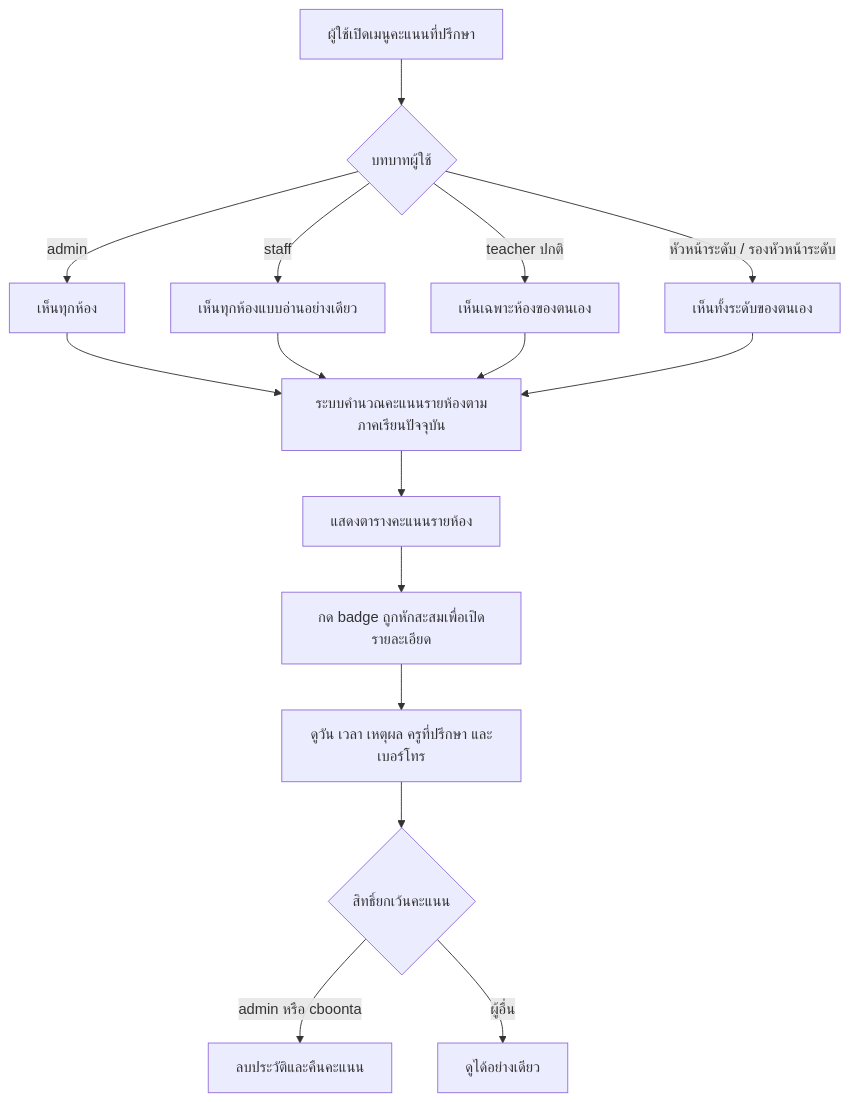
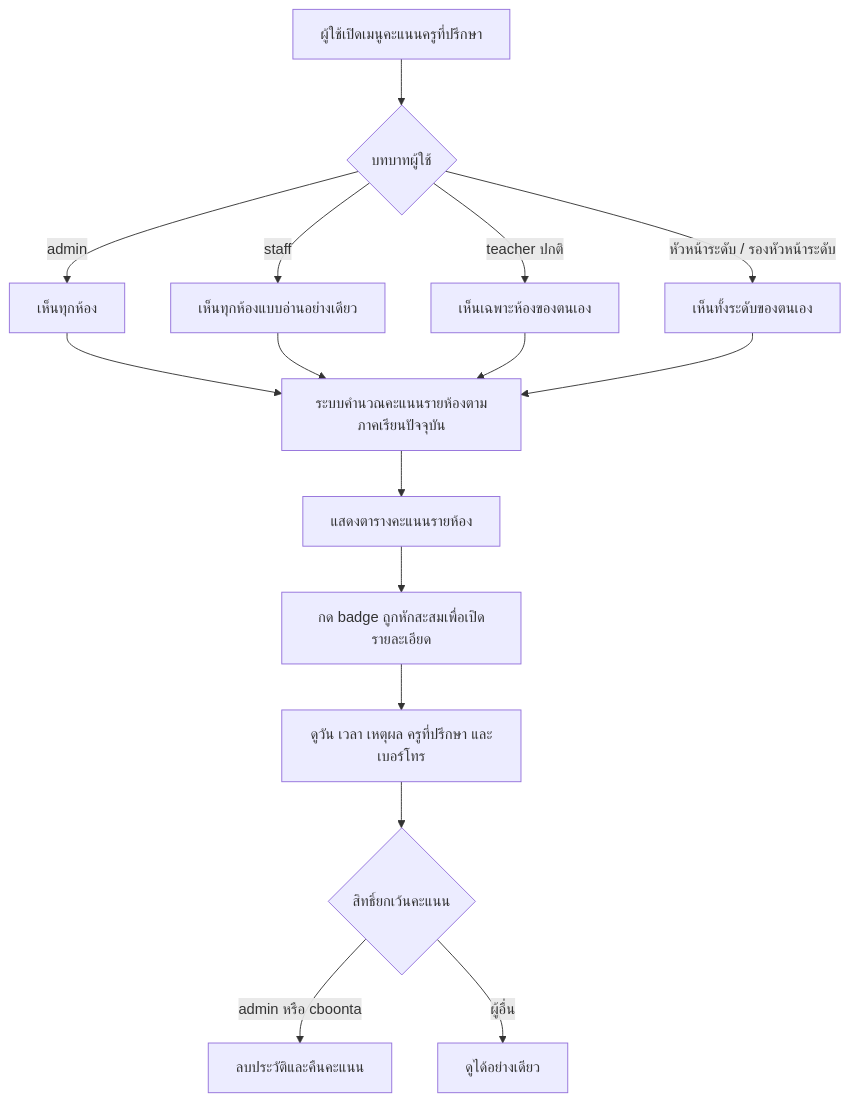
Before and after one commit to cboontact/doitg2026: diagram 14 of 22 in README.md, drawn with Mermaid. The commit also changed other lines of this file, not shown here.

````diff
--- a/README.md
+++ b/README.md
@@ -1005,18 +1041,18 @@
 ```mermaid
 flowchart TD
-    A["ผู้ใช้เปิดเมนูคะแนนที่ปรึกษา"] --> B{"บทบาทผู้ใช้"}
+    A["ผู้ใช้เปิดเมนูคะแนนครูที่ปรึกษา"] --> B{"บทบาทผู้ใช้"}
     B -->|admin| C["เห็นทุกห้อง"]
     B -->|staff| D["เห็นทุกห้องแบบอ่านอย่างเดียว"]
     B -->|teacher ปกติ| E["เห็นเฉพาะห้องของตนเอง"]
     B -->|หัวหน้าระดับ / รองหัวหน้าระดับ| F["เห็นทั้งระดับของตนเอง"]
     C --> G["ระบบคำนวณคะแนนรายห้องตามภาคเรียนปัจจุบัน"]
     D --> G
     E --> G
     F --> G
     G --> H["แสดงตารางคะแนนรายห้อง"]
     H --> I["กด badge ถูกหักสะสมเพื่อเปิดรายละเอียด"]
     I --> J["ดูวัน เวลา เหตุผล ครูที่ปรึกษา และเบอร์โทร"]
     J --> K{"สิทธิ์ยกเว้นคะแนน"}
     K -->|admin หรือ cboonta| L["ลบประวัติและคืนคะแนน"]
     K -->|ผู้อื่น| M["ดูได้อย่างเดียว"]
 ```
````
